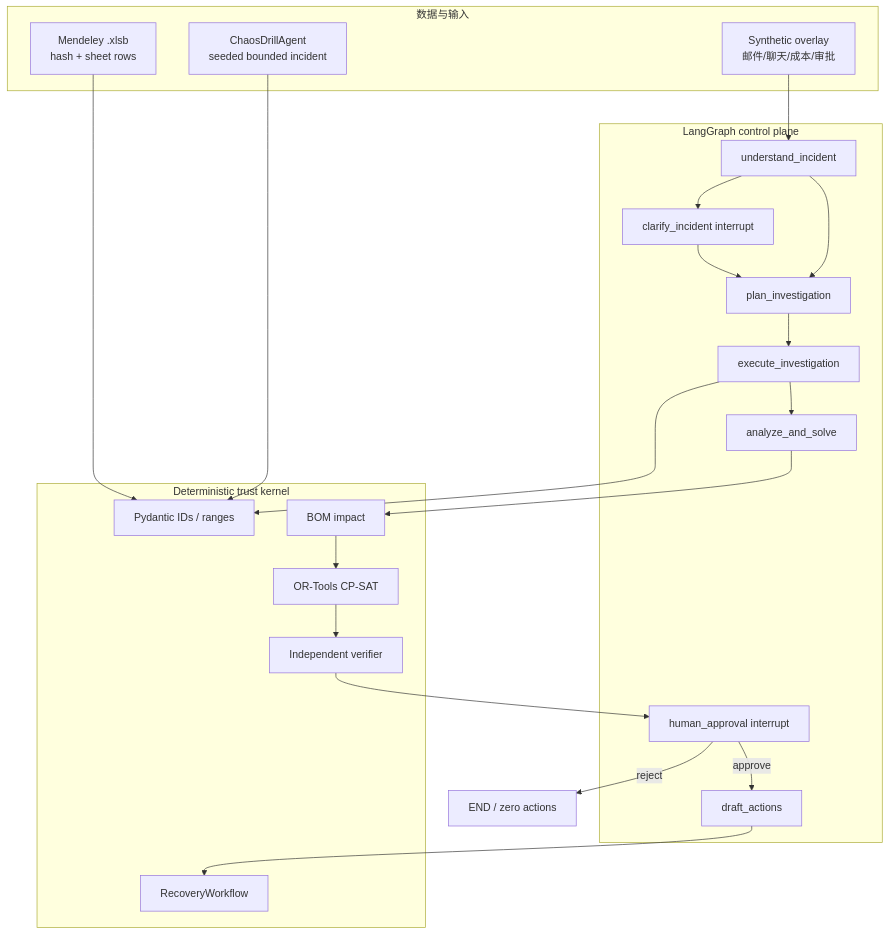
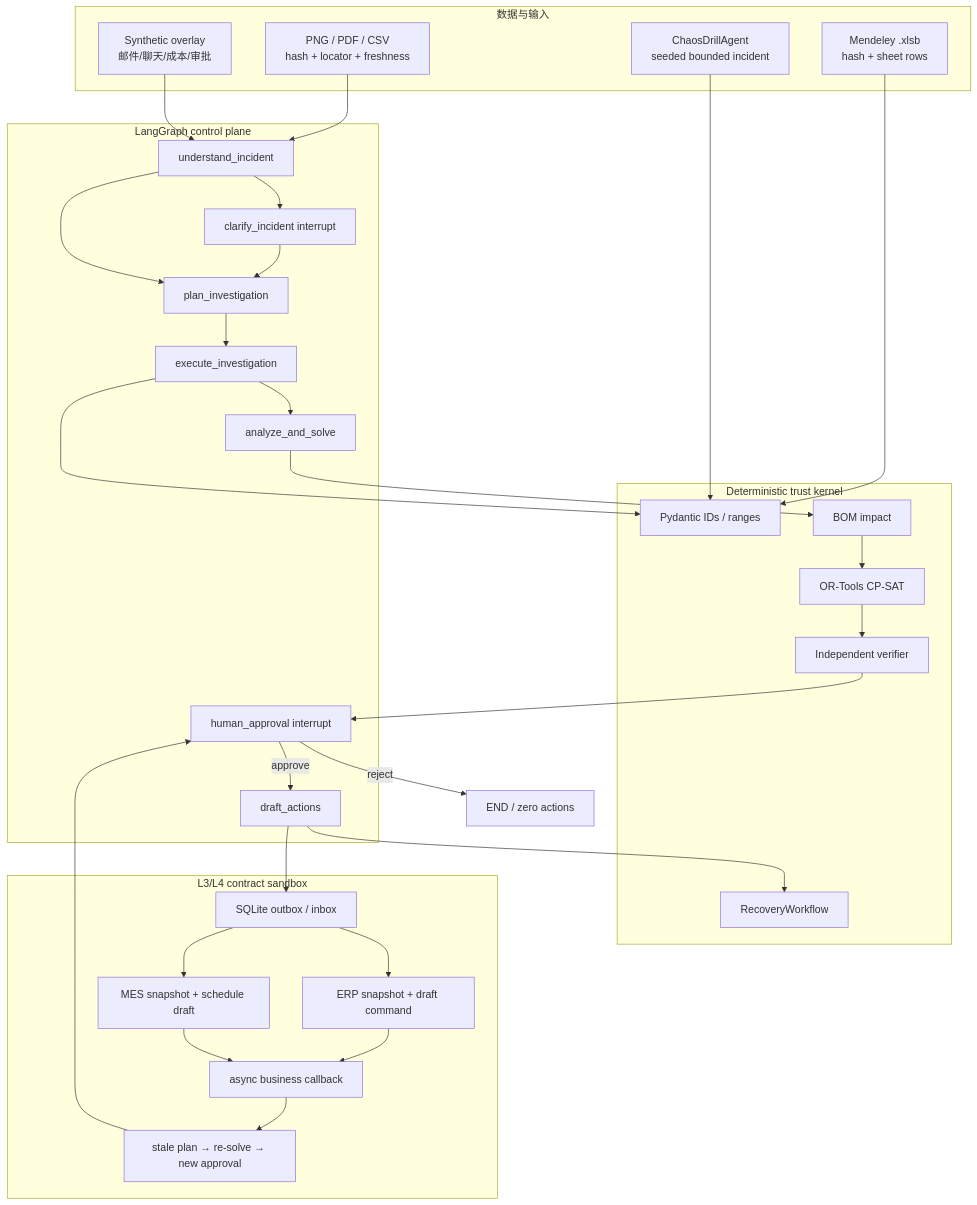
One commit to RexKing6/youjie-agent changed the diagram in docs/architecture.md. Above: the diagram before and after it, drawn with Mermaid. The commit also changed other lines of this file and 182 other files, not shown here.

Commit message:
完善复赛 LangGraph 与 ERP/MES 闭环

````diff
--- a/docs/architecture.md
+++ b/docs/architecture.md
@@ -7,33 +7,46 @@
 ```mermaid
 flowchart TB
   subgraph Data["数据与输入"]
     X["Mendeley .xlsb\nhash + sheet rows"]
     O["Synthetic overlay\n邮件/聊天/成本/审批"]
     C["ChaosDrillAgent\nseeded bounded incident"]
+    M["PNG / PDF / CSV\nhash + locator + freshness"]
   end
   subgraph Graph["LangGraph control plane"]
     U["understand_incident"]
     Q["clarify_incident interrupt"]
     P["plan_investigation"]
     T["execute_investigation"]
     S["analyze_and_solve"]
     H["human_approval interrupt"]
     D["draft_actions"]
   end
   subgraph Kernel["Deterministic trust kernel"]
     V["Pydantic IDs / ranges"]
     I["BOM impact"]
     CP["OR-Tools CP-SAT"]
     R["Independent verifier"]
     W["RecoveryWorkflow"]
   end
+  subgraph Integration["L3/L4 contract sandbox"]
+    ES["ERP snapshot + draft command"]
+    MS["MES snapshot + schedule draft"]
+    OB["SQLite outbox / inbox"]
+    CB["async business callback"]
+    RP["stale plan → re-solve → new approval"]
+  end
   X --> V
+  M --> U
   O --> U
   C --> V
   U --> Q --> P
   U --> P --> T --> S
   T --> V
   S --> I --> CP --> R --> H
   H -->|approve| D --> W
   H -->|reject| E["END / zero actions"]
+  D --> OB --> ES
+  OB --> MS
+  ES --> CB
+  MS --> CB --> RP --> H
 ```
````
